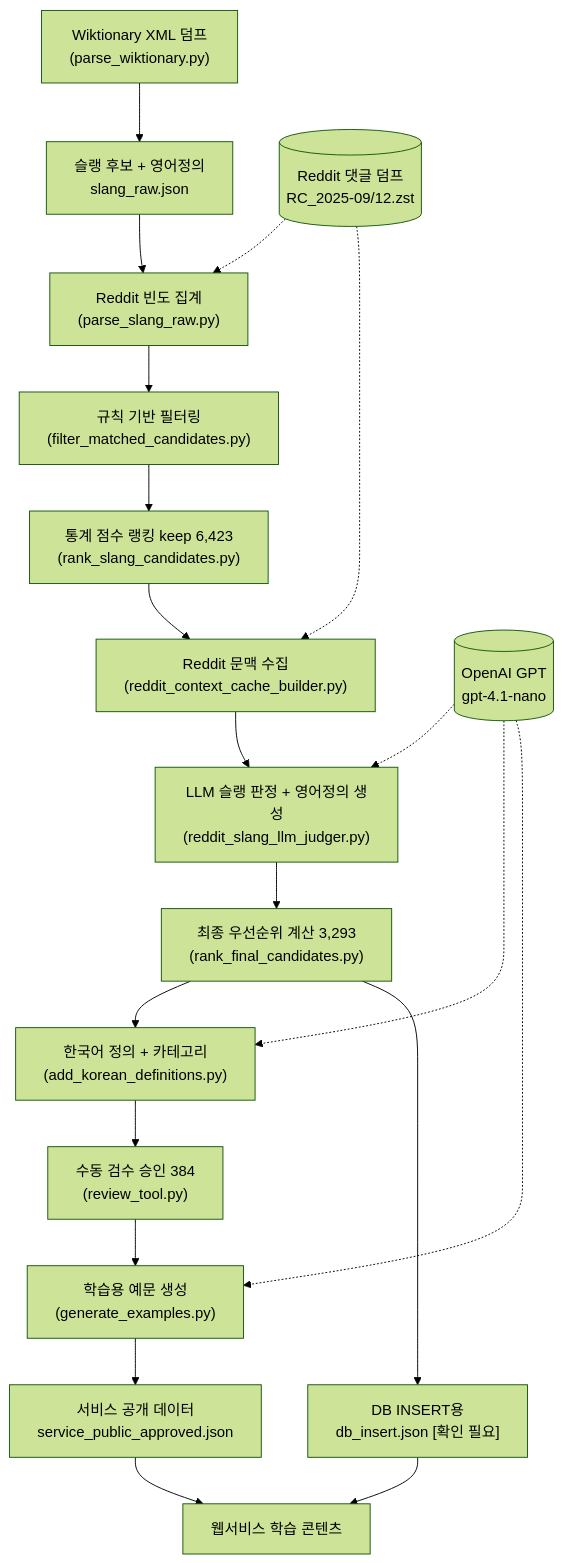
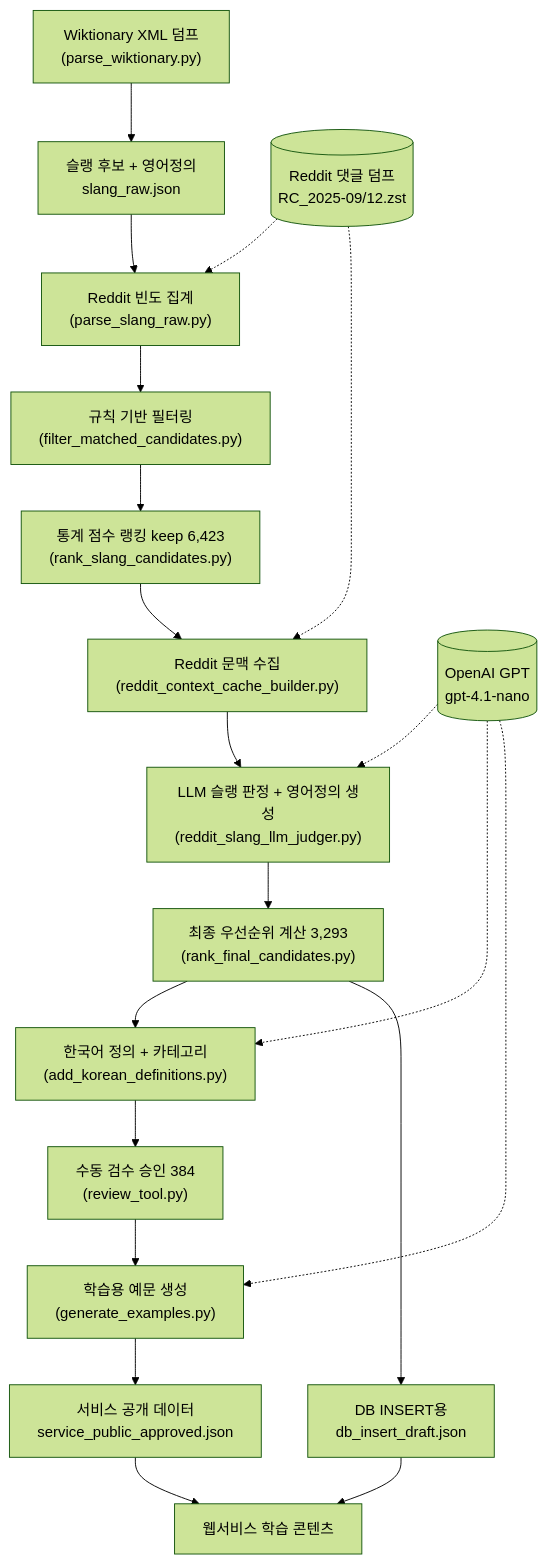
One commit to kimdoodoo12/english-inssa-data-pipeline changed the diagram in DATA_REPORT_FINAL.md. Above: the diagram before and after it, drawn with Mermaid (forest theme). The commit also changed other lines of this file and 4 other files, not shown here.

First line of the commit message:
docs: clarify db_insert is a draft export, not the service dataset

````diff
--- a/DATA_REPORT_FINAL.md
+++ b/DATA_REPORT_FINAL.md
@@ -164,23 +164,23 @@
 ```mermaid
 flowchart TD
     A["Wiktionary XML 덤프<br/>(parse_wiktionary.py)"] --> B["슬랭 후보 + 영어정의<br/>slang_raw.json"]
     B --> C["Reddit 빈도 집계<br/>(parse_slang_raw.py)"]
     C --> D["규칙 기반 필터링<br/>(filter_matched_candidates.py)"]
     D --> E["통계 점수 랭킹 keep 6,423<br/>(rank_slang_candidates.py)"]
     E --> F["Reddit 문맥 수집<br/>(reddit_context_cache_builder.py)"]
     F --> G["LLM 슬랭 판정 + 영어정의 생성<br/>(reddit_slang_llm_judger.py)"]
     G --> H["최종 우선순위 계산 3,293<br/>(rank_final_candidates.py)"]
     H --> I["한국어 정의 + 카테고리<br/>(add_korean_definitions.py)"]
     I --> J["수동 검수 승인 384<br/>(review_tool.py)"]
     J --> K["학습용 예문 생성<br/>(generate_examples.py)"]
     K --> L["서비스 공개 데이터<br/>service_public_approved.json"]
-    H --> M["DB INSERT용<br/>db_insert.json [확인 필요]"]
+    H --> M["DB INSERT용<br/>db_insert_draft.json"]
     L --> N["웹서비스 학습 콘텐츠"]
     M --> N
 
     R[("Reddit 댓글 덤프<br/>RC_2025-09/12.zst")] -.-> C
     R -.-> F
     O[("OpenAI GPT<br/>gpt-4.1-nano")] -.-> G
     O -.-> I
     O -.-> K
 ```
````
